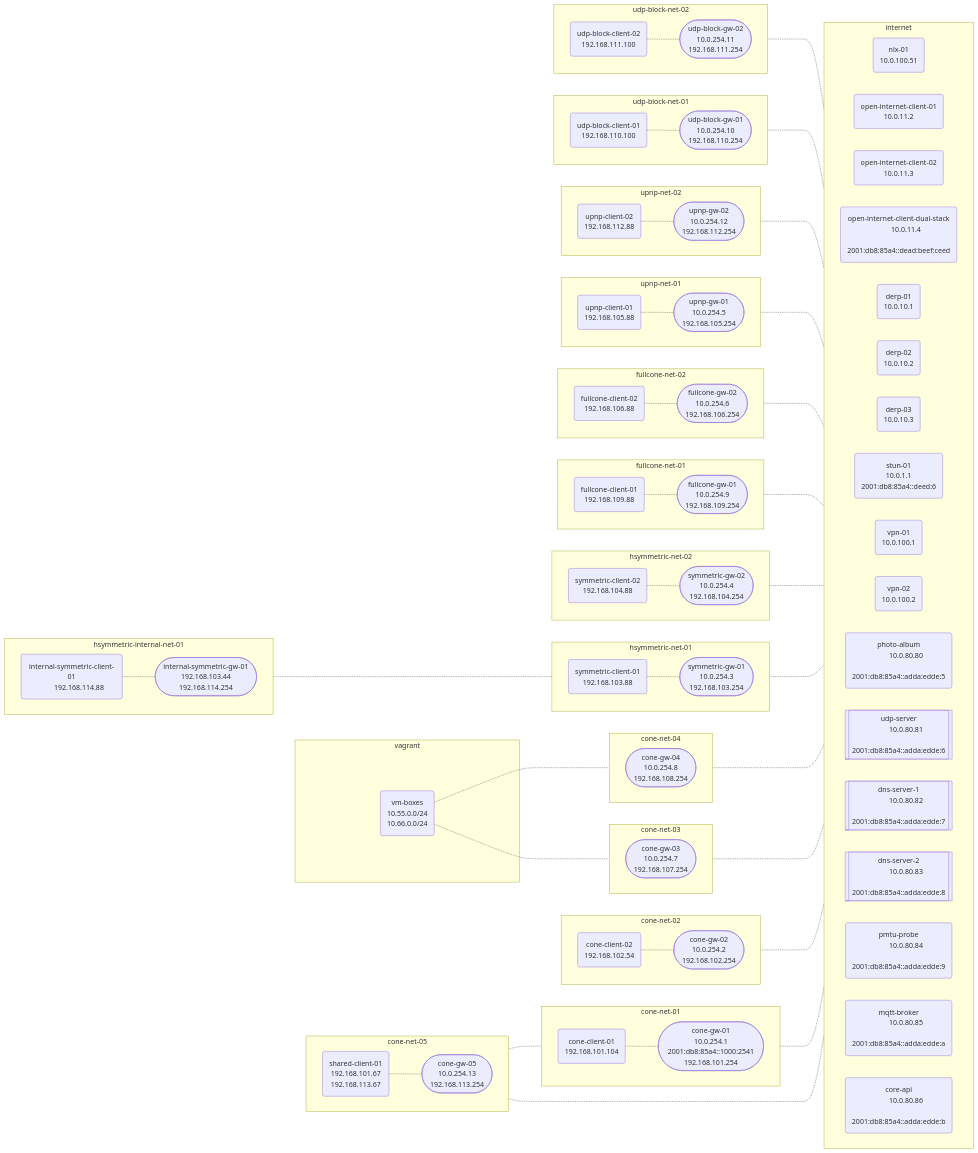
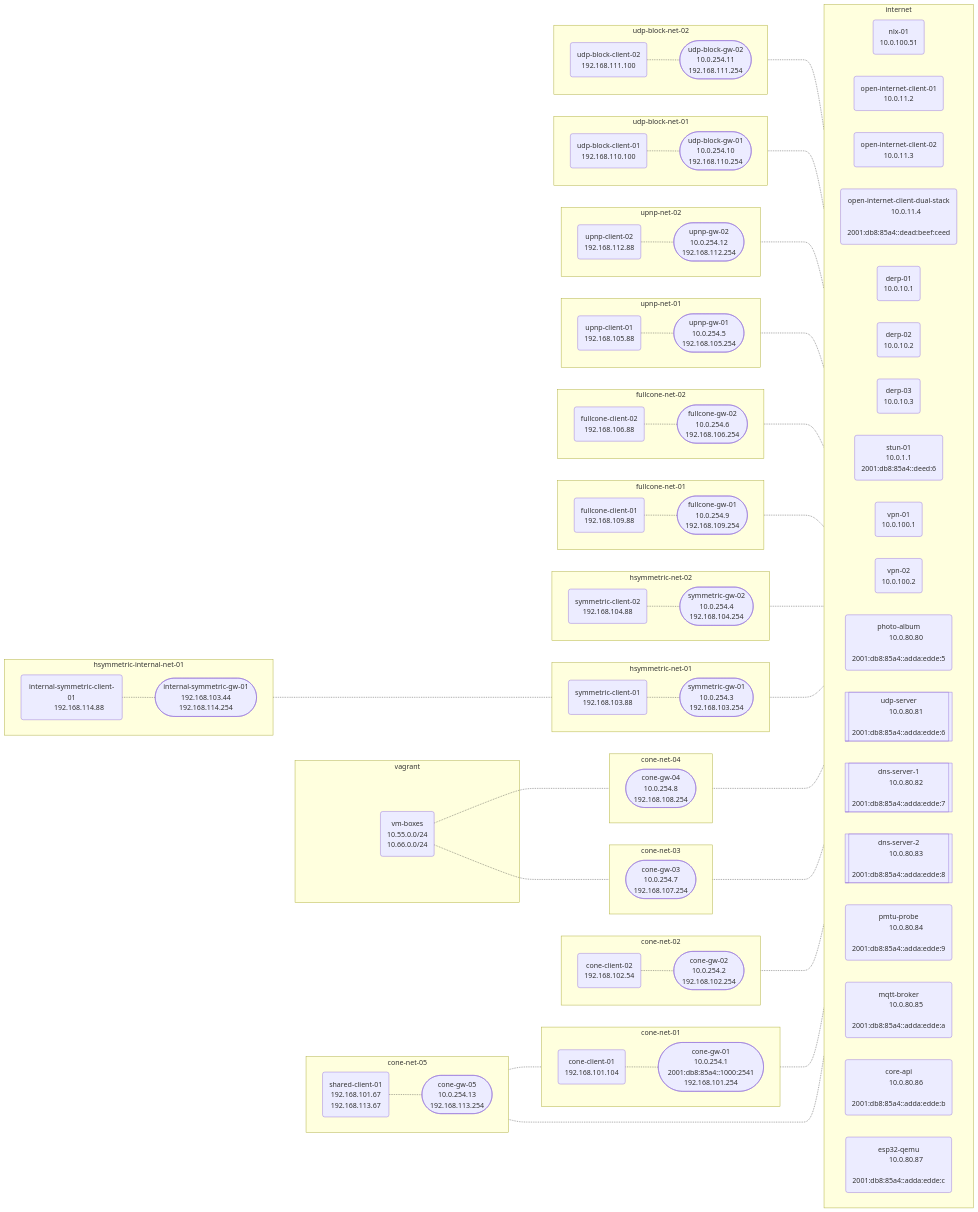
Before and after one commit to NordSecurity/libtelio: the diagram in nat-lab/network.md, drawn with Mermaid. The commit also changed 5 other files, not shown here.

Commit message:
Add esp32 QEMU meshnet container to nat-lab

```diff
--- a/nat-lab/network.md
+++ b/nat-lab/network.md
@@ -49,6 +49,9 @@
     core-api("core-api
         10.0.80.86
         2001:db8:85a4::adda:edde:b")
+    esp32-qemu("esp32-qemu
+        10.0.80.87
+        2001:db8:85a4::adda:edde:c")
   end
 
   %% Network cone-net-05
```
